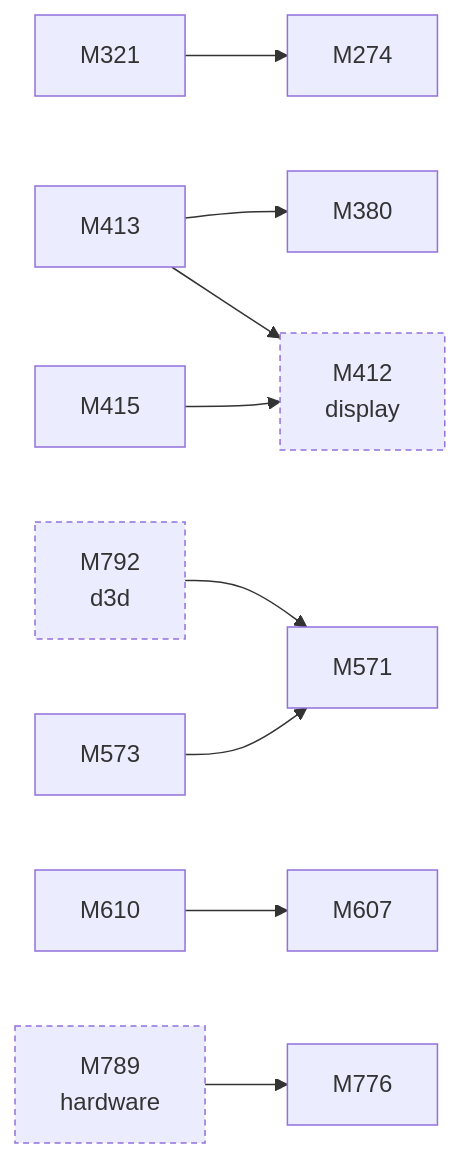
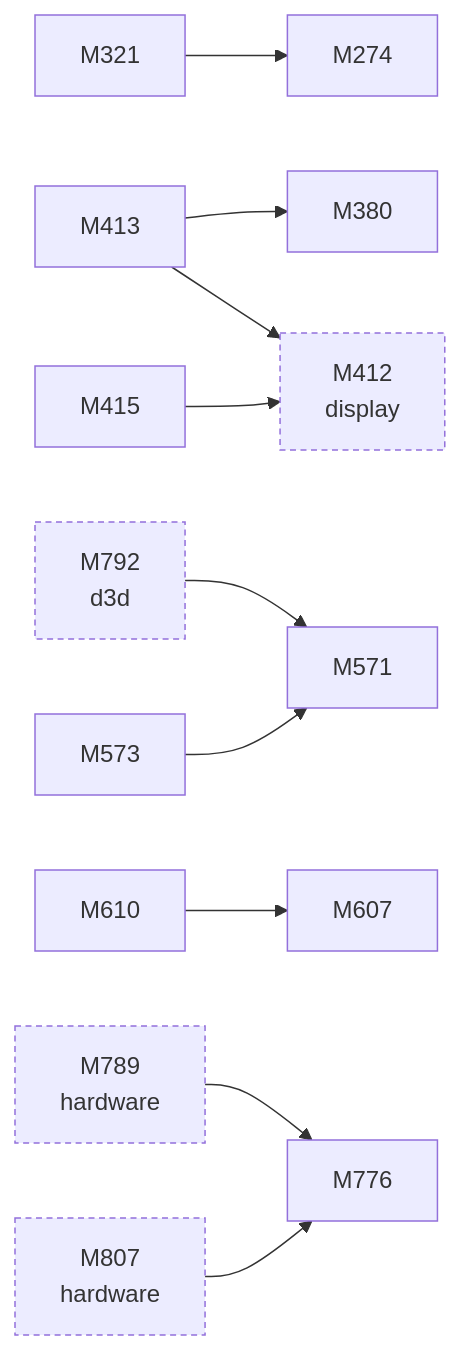
Before and after one commit to D-Ogi/amdgpu-wddm: the diagram in docs/facts/graphs/games.md, drawn with Mermaid. The commit also changed 161 other files, not shown here.

````diff
--- a/docs/facts/graphs/games.md
+++ b/docs/facts/graphs/games.md
@@ -13,26 +13,28 @@
 ```mermaid
 flowchart LR
   M274["M274"]
   M321["M321"]
   M380["M380"]
   M412["M412<br/>display"]
   M413["M413"]
   M415["M415"]
   M571["M571"]
   M573["M573"]
   M607["M607"]
   M610["M610"]
   M776["M776"]
   M789["M789<br/>hardware"]
   M792["M792<br/>d3d"]
+  M807["M807<br/>hardware"]
   M789 --> M776
+  M807 --> M776
   M792 --> M571
   M321 --> M274
   M413 --> M380
   M413 --> M412
   M415 --> M412
   M573 --> M571
   M610 --> M607
   classDef other stroke-dasharray:4 3
-  class M412,M789,M792 other
+  class M412,M789,M792,M807 other
 ```
````
